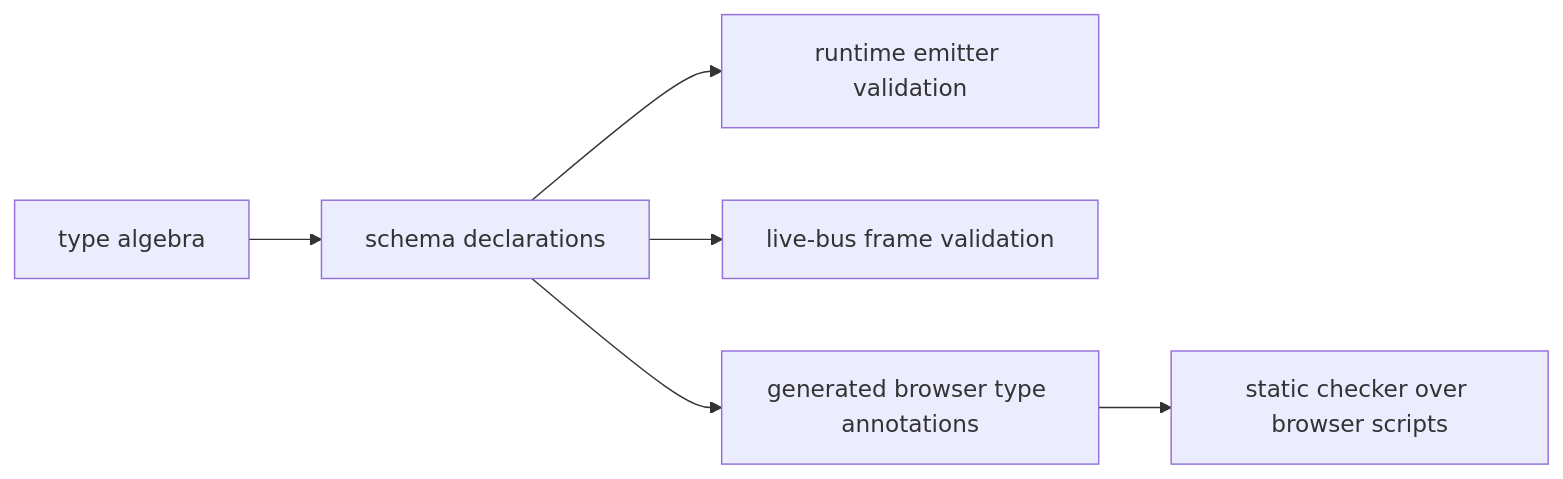
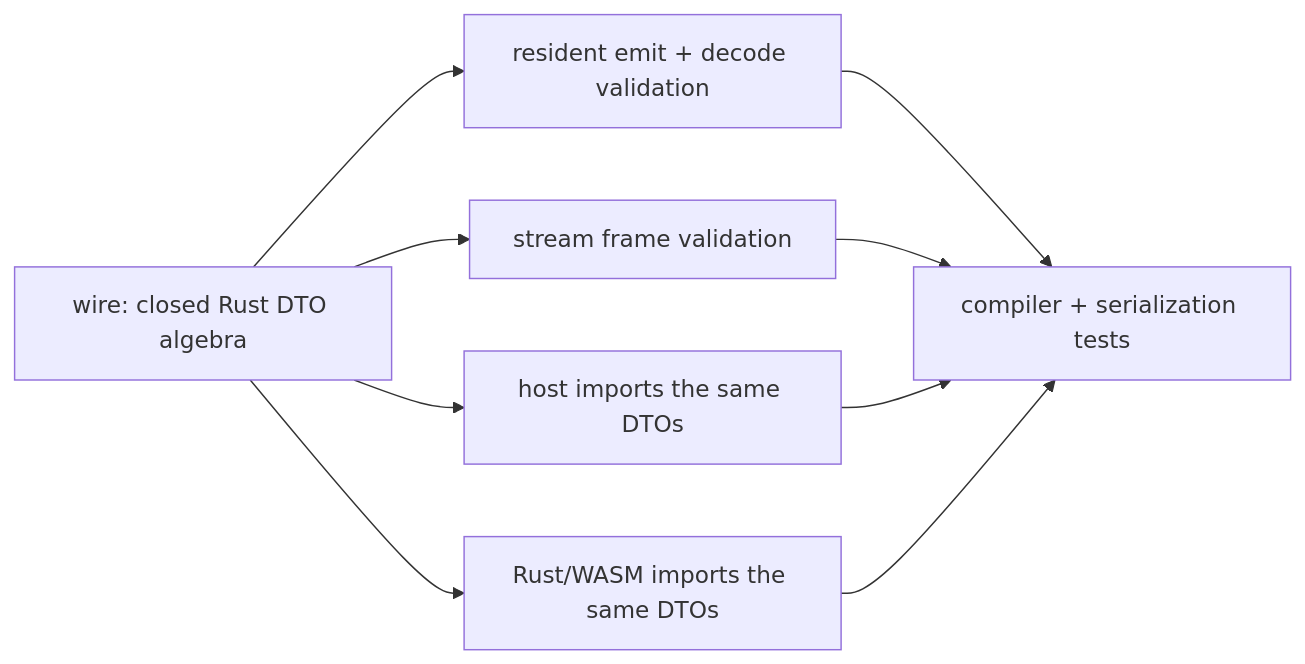
The fourth of 13 diagrams in docs/product/interfaces.md (infimalabs/spice-rust), drawn with Mermaid before and after one commit. The commit also changed other lines of this file and 71 other files, not shown here.

````diff
--- a/docs/product/interfaces.md
+++ b/docs/product/interfaces.md
@@ -128,8 +136,11 @@
 ```mermaid
 flowchart LR
-  A["type algebra"] --> D["schema declarations"]
-  D --> RuntimeEmitterValidation["runtime emitter validation"]
-  D --> LiveBusFrameValidation["live-bus frame validation"]
-  D --> G["generated browser type annotations"]
-  G --> C["static checker over browser scripts"]
+  W["wire: closed Rust DTO algebra"] --> E["resident emit + decode validation"]
+  W --> F["stream frame validation"]
+  W --> H["host imports the same DTOs"]
+  W --> B["Rust/WASM imports the same DTOs"]
+  E --> T["compiler + serialization tests"]
+  F --> T
+  H --> T
+  B --> T
 ```
````
